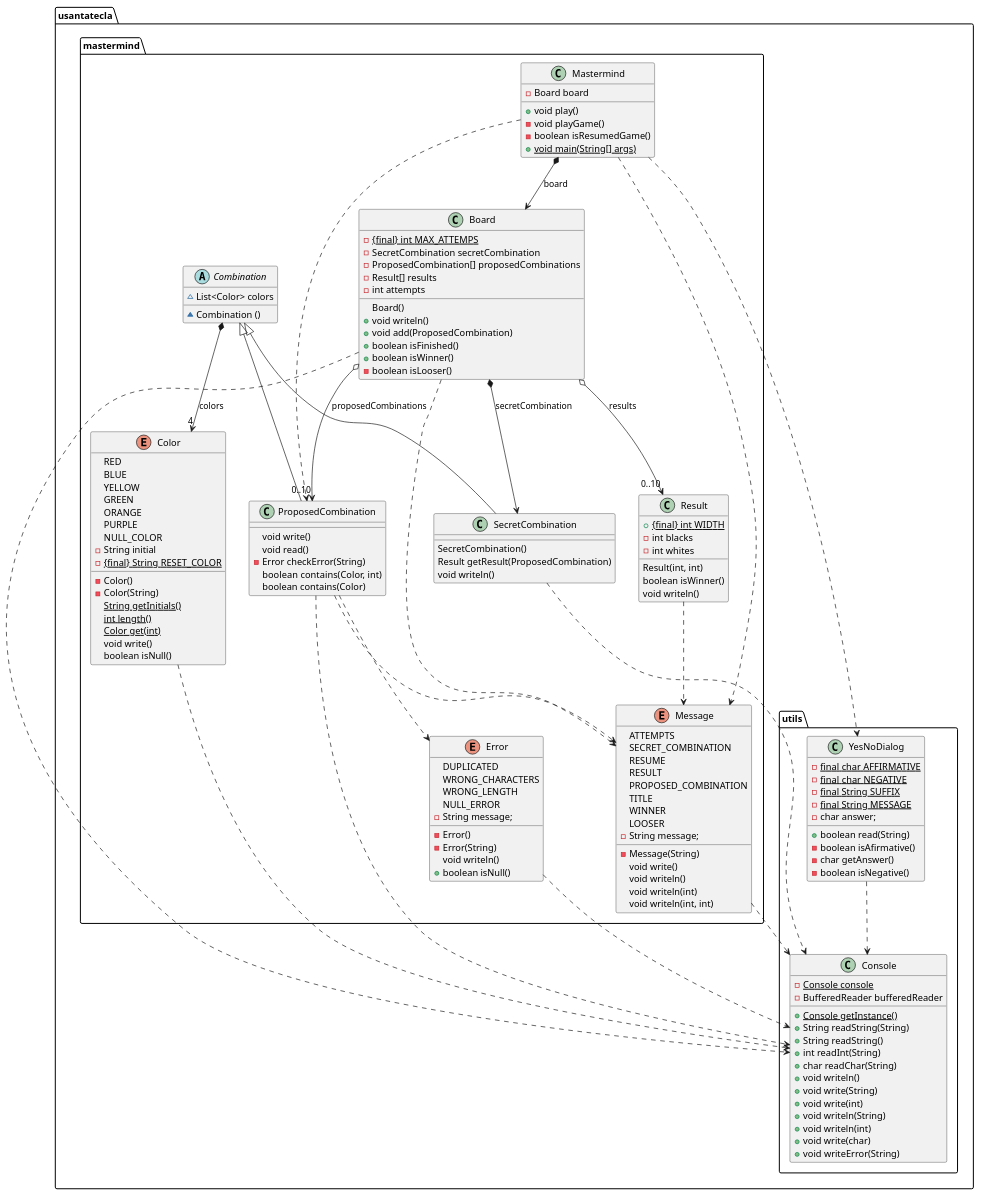
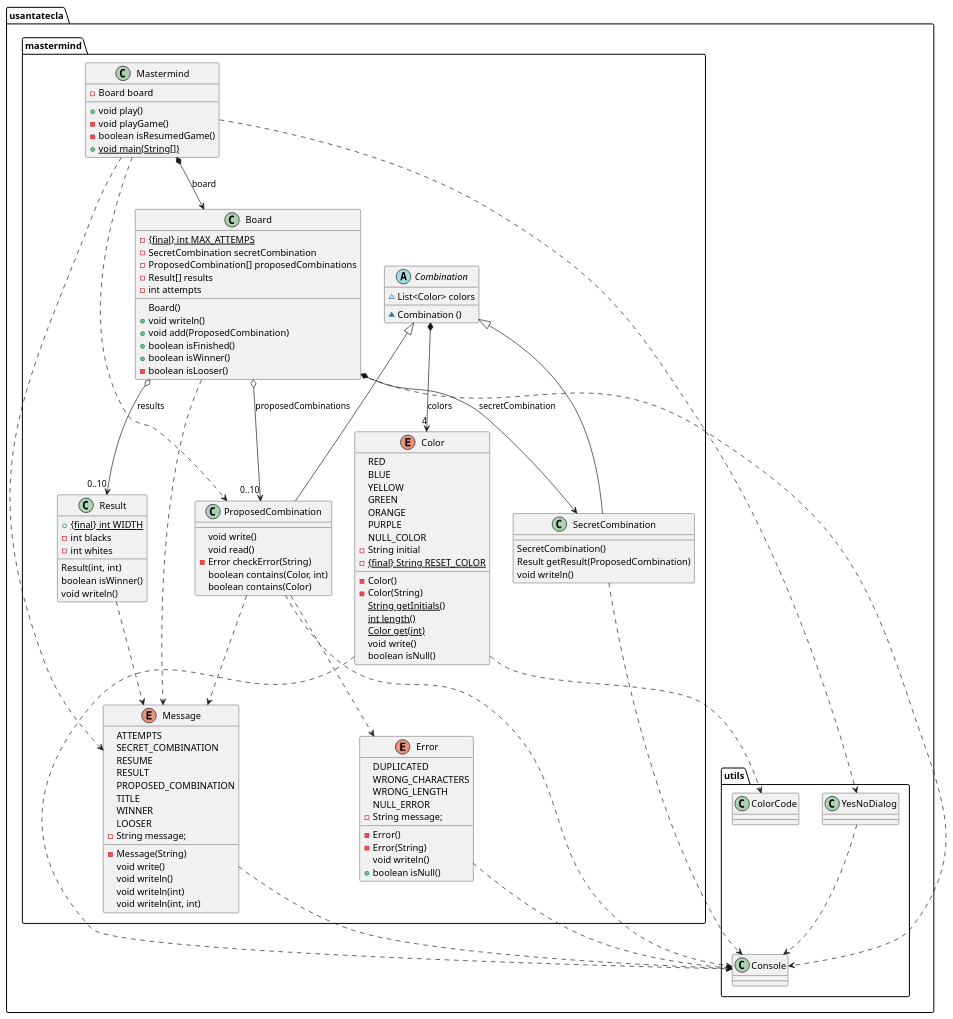
One commit to SantaTecla-mastermind/solution.java.swing.socket.sql changed the first of 2 diagrams in domainModel/docs/diagrams/src/paquetes.plantuml. Above: the diagram before and after it, drawn with PlantUML. The commit also changed other lines of this file and 7 other files, not shown here.

```diff
--- a/domainModel/docs/diagrams/src/paquetes.plantuml
+++ b/domainModel/docs/diagrams/src/paquetes.plantuml
@@ -1,167 +1,145 @@
 @startuml mastermind
 package usantatecla.mastermind {
 class Mastermind {
 	- Board board
 	+ void play()
 	- void playGame()
 	- boolean isResumedGame()
-	+ {static} void main(String[] args)
+	+ {static} void main(String[])
 }
 
 
 class Board {
   - {static} {final} int MAX_ATTEMPS
   - SecretCombination secretCombination
   - ProposedCombination[] proposedCombinations
   - Result[] results 
   - int attempts
   Board()
   + void writeln()
   + void add(ProposedCombination)
   +  boolean isFinished()
   + boolean isWinner()
   - boolean isLooser()
 }
 
 abstract class Combination {
 	~ List<Color> colors
 	~ Combination ()
 }
 
 class SecretCombination {
 	SecretCombination()
 	Result getResult(ProposedCombination)
 	void writeln()
 }
 
 class ProposedCombination {
 	void write()
 	void read()
 	- Error checkError(String)
 	boolean contains(Color, int)
 	boolean contains(Color)
 }
 
 class Result{
 	+ {static} {final} int WIDTH
 	- int blacks
 	- int whites
 	Result(int, int)
 	boolean isWinner()
 	void writeln()
 }
 
 enum Color {
 	RED
 	BLUE
 	YELLOW
 	GREEN
 	ORANGE
 	PURPLE
 	NULL_COLOR
 	- String initial
 	- {static} {final} String RESET_COLOR
 	- Color()
 	- Color(String)
 	{static} String getInitials()
 	{static} int length()
 	{static} Color get(int)
 	void write()
 	boolean isNull()
 }
 
 enum Error {
 	DUPLICATED
 	WRONG_CHARACTERS
 	WRONG_LENGTH
 	NULL_ERROR
 	- String message;
 	- Error()
 	- Error(String)
 	void writeln()
 	+ boolean isNull()
 }
 
 enum Message {
 	ATTEMPTS
 	SECRET_COMBINATION
 	RESUME
 	RESULT
 	PROPOSED_COMBINATION
 	TITLE
 	WINNER
 	LOOSER
 	- String message;
 	- Message(String)
 	void write()
 	void writeln()
 	void writeln(int)
 	void writeln(int, int)
 }
 
 
 
 Mastermind *-down-> Board : board
 Mastermind .down.> ProposedCombination
 Board *-down-> SecretCombination : secretCombination
 Board o-down-> "0..10" ProposedCombination : proposedCombinations
 Board o-down-> "0..10" Result : results
 
 Combination *-down-> "4" Color : colors
 Combination <|-down- SecretCombination
 Combination <|-down- ProposedCombination
 ProposedCombination .down.> Error
 
 
 Mastermind .down.> Message
 Board .down.> Message
 ProposedCombination .down.> Message
 Result .down.> Message
 
 }
 
 package usantatecla.utils {
 
 class Console {
 
-	- {static} Console console
-	+ {static} Console getInstance()
-	- BufferedReader bufferedReader
-	+ String readString(String)
-	+ String readString()
-	+ int readInt(String)
-	+ char readChar(String)
-	+ void writeln()
-	+ void write(String)
-	+ void write(int)
-	+ void writeln(String)
-	+ void writeln(int)
-	+ void write(char)
-	+ void writeError(String)
+
 }
 
 class YesNoDialog {
-
-	- {static} final char AFFIRMATIVE
-	- {static} final char NEGATIVE
-	- {static} final String SUFFIX
-	- {static} final String MESSAGE
-	- char answer;
-	+ boolean read(String)
-	- boolean isAfirmative()
-	- char getAnswer()
-	- boolean isNegative()
 
 }
 
 }
 
 YesNoDialog .down.> Console
 Board .down.> Console
 Color .down.> Console
+Color .down.> usantatecla.utils.ColorCode
 Error .down.> Console
 Message .down.> Console
 ProposedCombination .down.> Console
 SecretCombination .down.> Console
 Mastermind .down.> YesNoDialog
 @enduml
```
